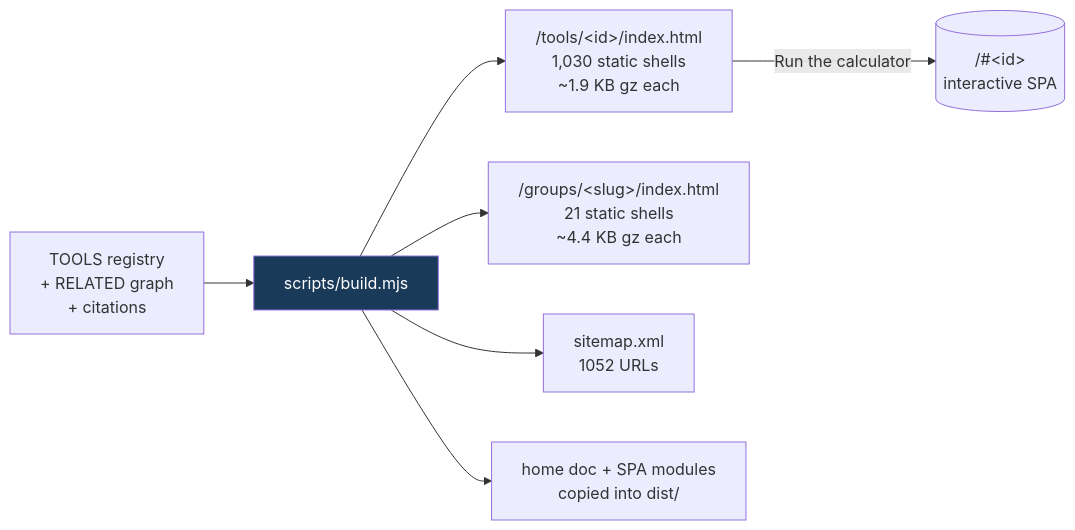
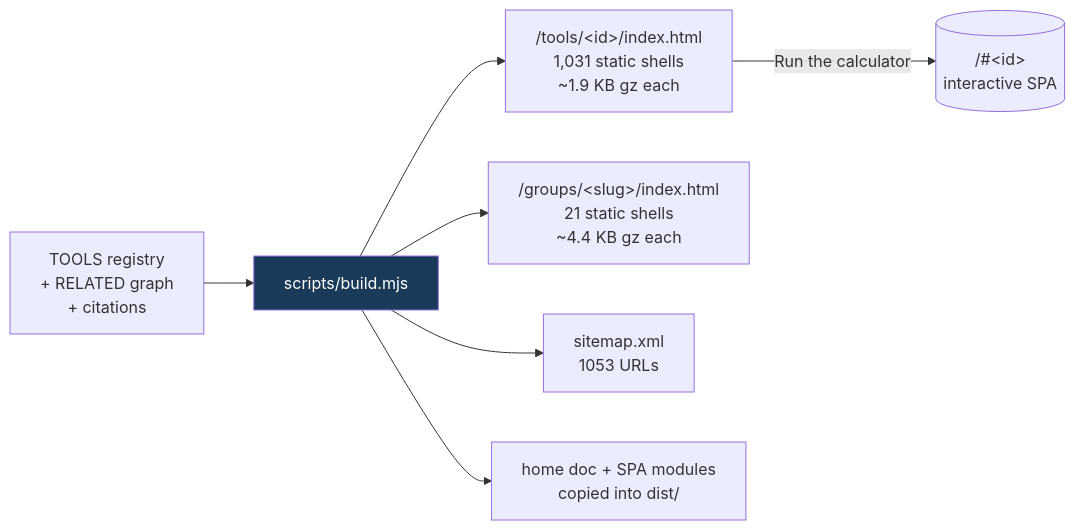
One commit to clay-good/roughlogic.com changed the fifth of 8 diagrams in README.md. Above: the diagram before and after it, drawn with Mermaid. The commit also changed other lines of this file and 13 other files, not shown here.

````diff
--- a/README.md
+++ b/README.md
@@ -495,10 +495,10 @@
 ```mermaid
 flowchart LR
     SRC[TOOLS registry\n+ RELATED graph\n+ citations] --> BUILD[scripts/build.mjs]
-    BUILD --> TILE["/tools/&lt;id&gt;/index.html\n1,030 static shells\n~1.9 KB gz each"]
+    BUILD --> TILE["/tools/&lt;id&gt;/index.html\n1,031 static shells\n~1.9 KB gz each"]
     BUILD --> GROUP["/groups/&lt;slug&gt;/index.html\n21 static shells\n~4.4 KB gz each"]
-    BUILD --> MAP["sitemap.xml\n1052 URLs"]
+    BUILD --> MAP["sitemap.xml\n1053 URLs"]
     BUILD --> COPY[home doc + SPA modules\ncopied into dist/]
     TILE -->|Run the calculator| SPA[("/#&lt;id&gt;\ninteractive SPA")]
     style BUILD fill:#1a3a5a,color:#fff
 ```
````
